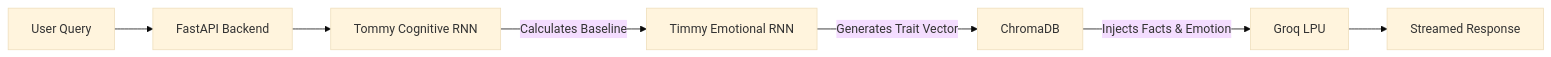
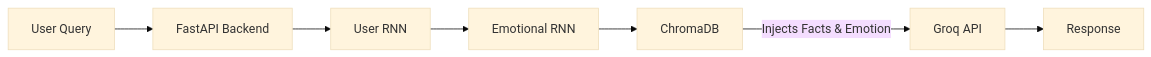
One commit to Licheng-Zheng/Timmy-and-Tommy changed the second of 4 diagrams in README.md. Above: the diagram before and after it, drawn with Mermaid (base theme). The commit also changed other lines of this file, not shown here.

Commit message:
typos and architecture update

````diff
--- a/README.md
+++ b/README.md
@@ -39,9 +39,9 @@
 ```mermaid
 graph LR
     A[User Query] --> B[FastAPI Backend]
-    B --> C[Tommy Cognitive RNN]
-    C -->|Calculates Baseline| D[Timmy Emotional RNN]
-    D -->|Generates Trait Vector| E[ChromaDB]
-    E -->|Injects Facts & Emotion| F[Groq LPU]
-    F --> G[Streamed Response]
+    B --> C[User RNN]
+    C --> D[Emotional RNN]
+    D --> E[ChromaDB]
+    E -->|Injects Facts & Emotion| F[Groq API]
+    F --> G[Response]
 ```
````
